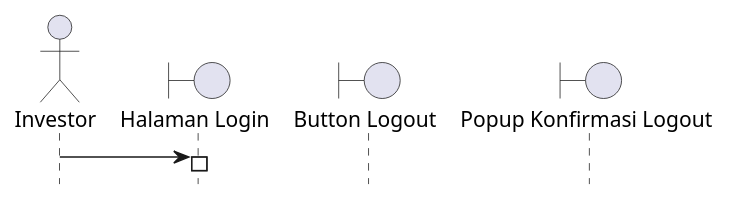
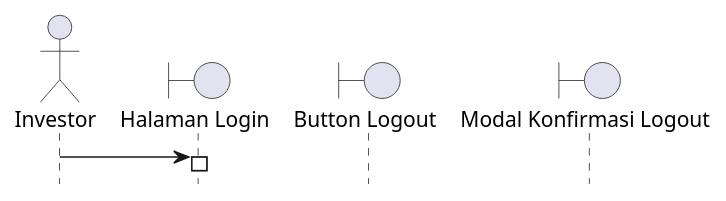
One commit to clarestarahma/manajemen-investasi changed the diagram in sequence/Hubungi-CS.puml. Above: the diagram before and after it, drawn with PlantUML. The commit also changed 7 other files, not shown here.

Commit message:
bukan popup tapi modal

```diff
--- a/sequence/Hubungi-CS.puml
+++ b/sequence/Hubungi-CS.puml
@@ -1,14 +1,14 @@
 @startuml
 
 hide footbox
 autoactivate on
 
 actor "Investor" as I
 boundary "Halaman Login" as L
 boundary "Button Logout" as BL
-boundary "Popup Konfirmasi Logout" as PKL
+boundary "Modal Konfirmasi Logout" as PKL
 
 I -> L
 
 
 @enduml
```
